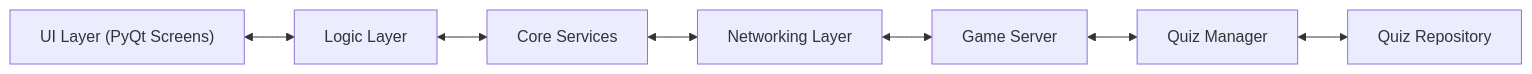
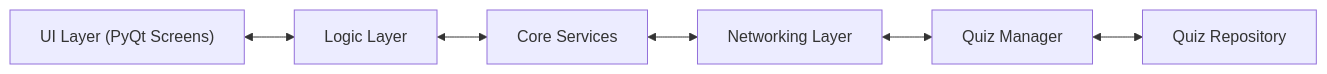
Before and after one commit to viradex/quiz-master: the first of 2 diagrams in ARCHITECTURE.md, drawn with Mermaid. The commit also changed other lines of this file and 21 other files, not shown here.

````diff
--- a/ARCHITECTURE.md
+++ b/ARCHITECTURE.md
@@ -26,9 +28,8 @@
 ```mermaid
 flowchart LR
     UI["UI Layer (PyQt Screens)"] <--> LOGIC["Logic Layer"]
     LOGIC <--> CORE["Core Services"]
     CORE <--> NET["Networking Layer"]
-    NET <--> SERVER["Game Server"]
-    SERVER <--> QUIZ["Quiz Manager"]
+    NET <--> QUIZ["Quiz Manager"]
     QUIZ <--> DATA["Quiz Repository"]
 ```
````
